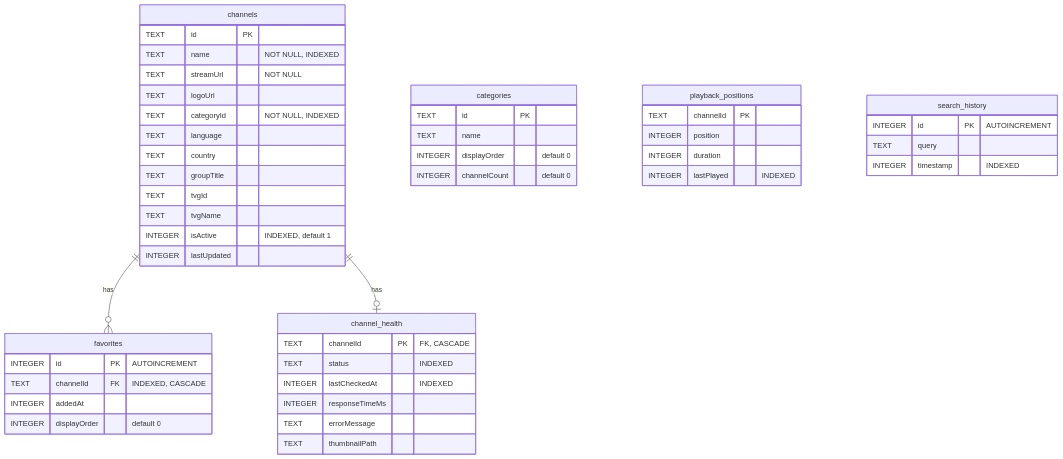
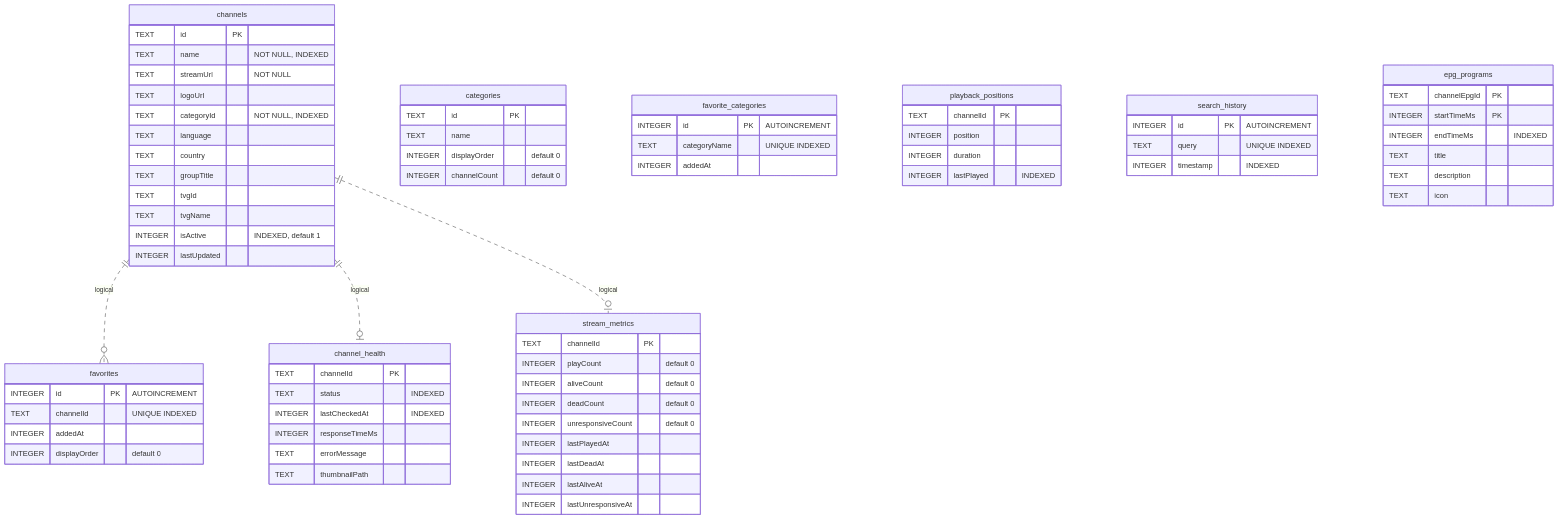
One commit to akshaynikhare/FireVisionIPTV changed the diagram in docs/API.md. Above: the diagram before and after it, drawn with Mermaid. The commit also changed other lines of this file and 2 other files, not shown here.

Commit message:
docs: update API and architecture documentation to reflect recent changes in endpoints and components

````diff
--- a/docs/API.md
+++ b/docs/API.md
@@ -373,7 +491,8 @@
 ```mermaid
 erDiagram
-    channels ||--o{ favorites : "has"
-    channels ||--o| channel_health : "has"
+    channels ||..o{ favorites : "logical"
+    channels ||..o| channel_health : "logical"
+    channels ||..o| stream_metrics : "logical"
 
     channels {
         TEXT id PK
@@ -392,13 +511,13 @@
 
     favorites {
         INTEGER id PK "AUTOINCREMENT"
-        TEXT channelId FK "INDEXED, CASCADE"
+        TEXT channelId "UNIQUE INDEXED"
         INTEGER addedAt
         INTEGER displayOrder "default 0"
     }
 
     channel_health {
-        TEXT channelId PK "FK, CASCADE"
+        TEXT channelId PK
         TEXT status "INDEXED"
         INTEGER lastCheckedAt "INDEXED"
         INTEGER responseTimeMs
@@ -406,11 +525,29 @@
         TEXT thumbnailPath
     }
 
+    stream_metrics {
+        TEXT channelId PK
+        INTEGER playCount "default 0"
+        INTEGER aliveCount "default 0"
+        INTEGER deadCount "default 0"
+        INTEGER unresponsiveCount "default 0"
+        INTEGER lastPlayedAt
+        INTEGER lastDeadAt
+        INTEGER lastAliveAt
+        INTEGER lastUnresponsiveAt
+    }
+
     categories {
         TEXT id PK
         TEXT name
         INTEGER displayOrder "default 0"
         INTEGER channelCount "default 0"
+    }
+
+    favorite_categories {
+        INTEGER id PK "AUTOINCREMENT"
+        TEXT categoryName "UNIQUE INDEXED"
+        INTEGER addedAt
     }
 
     playback_positions {
@@ -422,7 +559,16 @@
 
     search_history {
         INTEGER id PK "AUTOINCREMENT"
-        TEXT query
+        TEXT query "UNIQUE INDEXED"
         INTEGER timestamp "INDEXED"
     }
+
+    epg_programs {
+        TEXT channelEpgId PK
+        INTEGER startTimeMs PK
+        INTEGER endTimeMs "INDEXED"
+        TEXT title
+        TEXT description
+        TEXT icon
+    }
 ```
````
